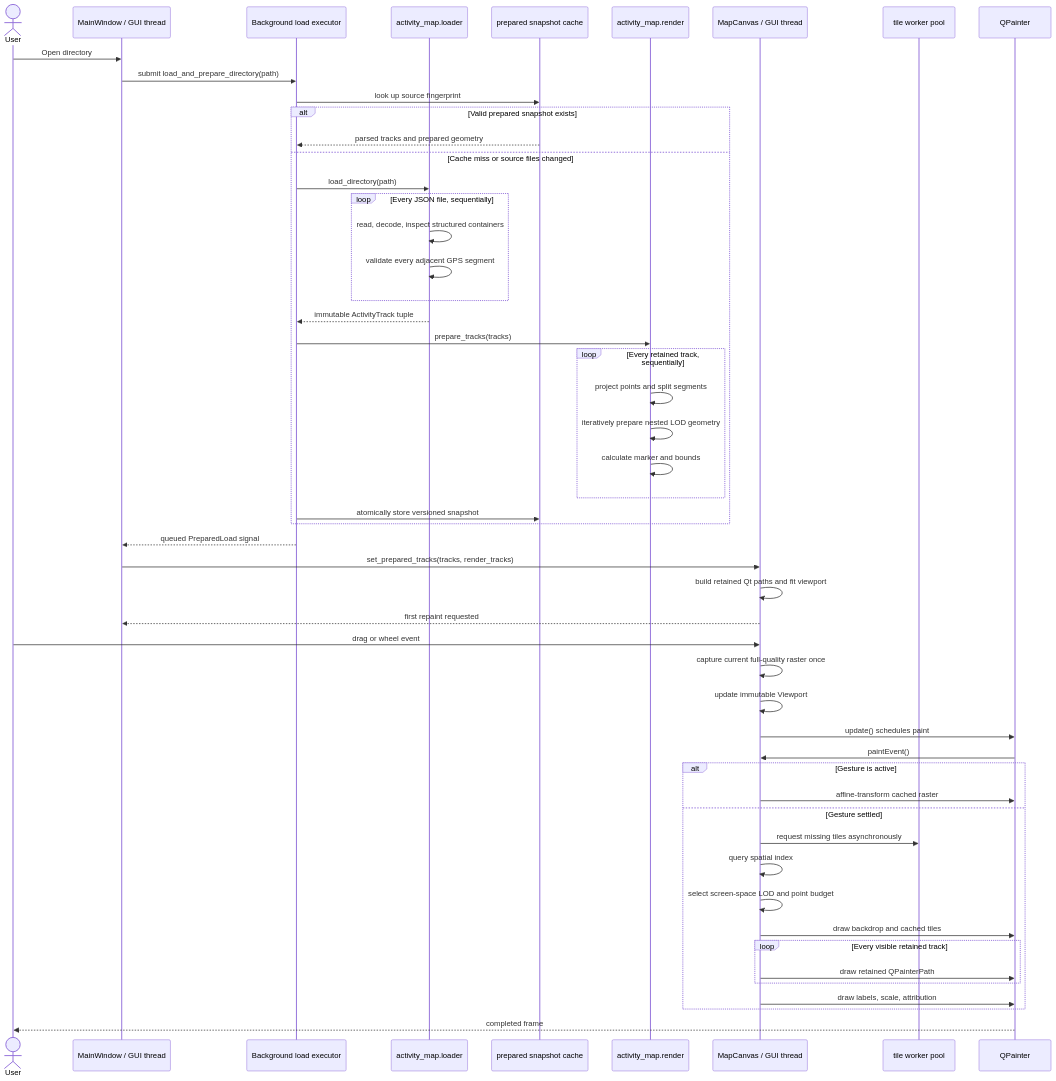
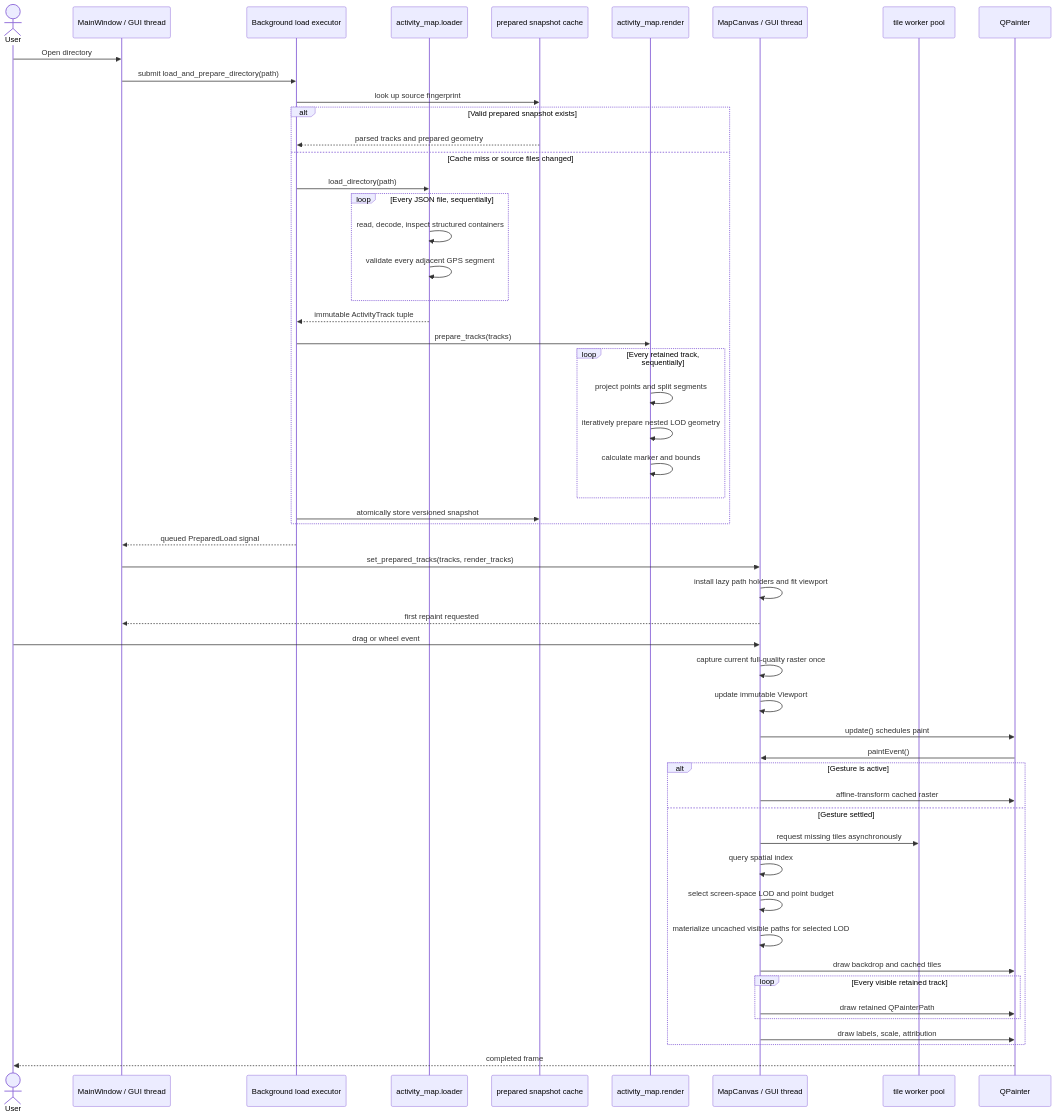
The second of 3 diagrams in documents/data_flow.md (marcelpetrick/GarminActivityMap), drawn with Mermaid before and after one commit. The commit also changed other lines of this file and 9 other files, not shown here.

First line of the commit message:
perf(qt): materialize retained paths lazily

````diff
--- a/documents/data_flow.md
+++ b/documents/data_flow.md
@@ -66,56 +67,57 @@
 ```mermaid
 sequenceDiagram
   actor User
   participant Window as MainWindow / GUI thread
   participant Worker as Background load executor
   participant Loader as activity_map.loader
   participant Cache as prepared snapshot cache
   participant Render as activity_map.render
   participant Canvas as MapCanvas / GUI thread
   participant Tiles as tile worker pool
   participant Qt as QPainter
 
   User->>Window: Open directory
   Window->>Worker: submit load_and_prepare_directory(path)
   Worker->>Cache: look up source fingerprint
   alt Valid prepared snapshot exists
     Cache-->>Worker: parsed tracks and prepared geometry
   else Cache miss or source files changed
     Worker->>Loader: load_directory(path)
     loop Every JSON file, sequentially
       Loader->>Loader: read, decode, inspect structured containers
       Loader->>Loader: validate every adjacent GPS segment
     end
     Loader-->>Worker: immutable ActivityTrack tuple
     Worker->>Render: prepare_tracks(tracks)
     loop Every retained track, sequentially
       Render->>Render: project points and split segments
       Render->>Render: iteratively prepare nested LOD geometry
       Render->>Render: calculate marker and bounds
     end
     Worker->>Cache: atomically store versioned snapshot
   end
   Worker-->>Window: queued PreparedLoad signal
   Window->>Canvas: set_prepared_tracks(tracks, render_tracks)
-  Canvas->>Canvas: build retained Qt paths and fit viewport
+  Canvas->>Canvas: install lazy path holders and fit viewport
   Canvas-->>Window: first repaint requested
 
   User->>Canvas: drag or wheel event
   Canvas->>Canvas: capture current full-quality raster once
   Canvas->>Canvas: update immutable Viewport
   Canvas->>Qt: update() schedules paint
   Qt->>Canvas: paintEvent()
   alt Gesture is active
     Canvas->>Qt: affine-transform cached raster
   else Gesture settled
     Canvas->>Tiles: request missing tiles asynchronously
     Canvas->>Canvas: query spatial index
     Canvas->>Canvas: select screen-space LOD and point budget
+    Canvas->>Canvas: materialize uncached visible paths for selected LOD
     Canvas->>Qt: draw backdrop and cached tiles
     loop Every visible retained track
       Canvas->>Qt: draw retained QPainterPath
     end
     Canvas->>Qt: draw labels, scale, attribution
   end
   Qt-->>User: completed frame
 ```
````
